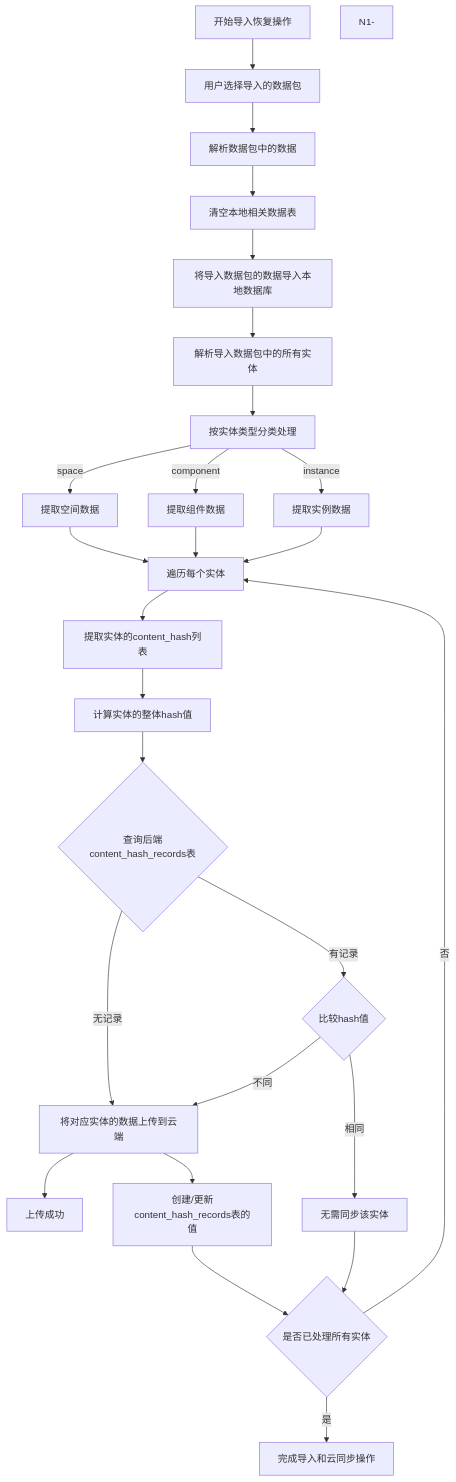
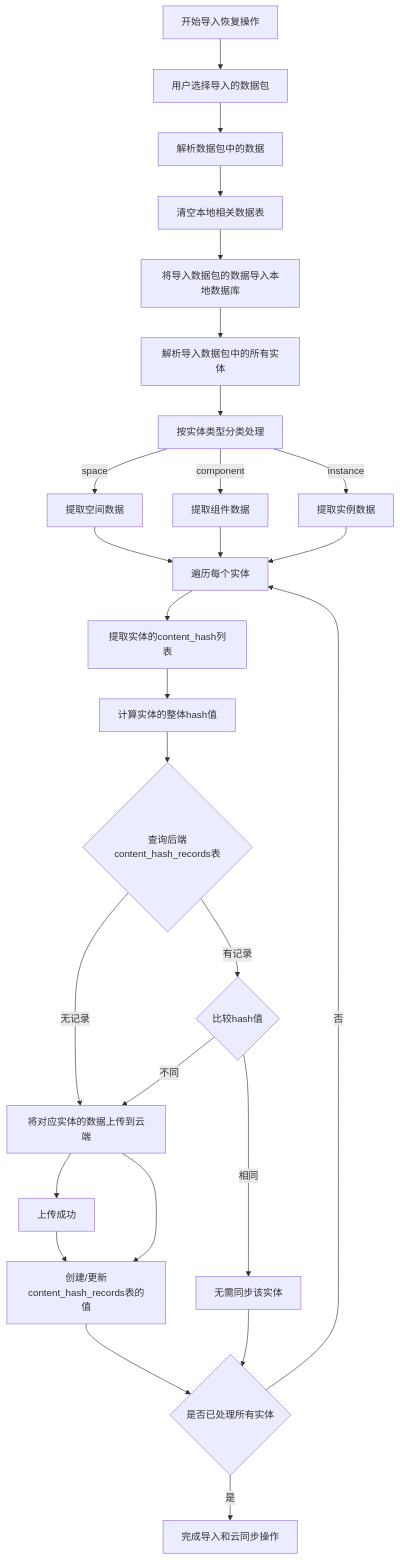
The diagram in all/未命名-44.md (yingjianzh/iodraw-files), drawn with Mermaid before and after one commit.

Commit message:
2025-04-27 11:57:10 update

````diff
--- a/all/未命名-44.md
+++ b/all/未命名-44.md
@@ -1,40 +1,40 @@
 ```mermaid
 flowchart TD
     A[开始导入恢复操作] --> B[用户选择导入的数据包]
     B --> C[解析数据包中的数据]
     
     C --> D[清空本地相关数据表]
     D --> E[将导入数据包的数据导入本地数据库]
     
     E --> F[解析导入数据包中的所有实体]
     F --> G[按实体类型分类处理]
     
     G -->|space| H1[提取空间数据]
     G -->|component| H2[提取组件数据]
     G -->|instance| H3[提取实例数据]
     
     H1 --> I[遍历每个实体]
     H2 --> I
     H3 --> I
     
     I --> J[提取实体的content_hash列表]
     J --> K[计算实体的整体hash值]
     
     K --> L{查询后端content_hash_records表}
     L -->|无记录| M1[将对应实体的数据上传到云端]
     M1 --> N1[上传成功]
-    N1-
+    N1 --> M4
 
     L -->|有记录| M2{比较hash值}
     M2 -->|不同| M1
 
     M2 -->|相同| M3[无需同步该实体]
     
     M1 --> M4[创建/更新content_hash_records表的值]
     
     M3 --> S{是否已处理所有实体}
     M4 --> S{是否已处理所有实体}
     
     S -->|否| I
     S -->|是| T[完成导入和云同步操作]
 ```
````
